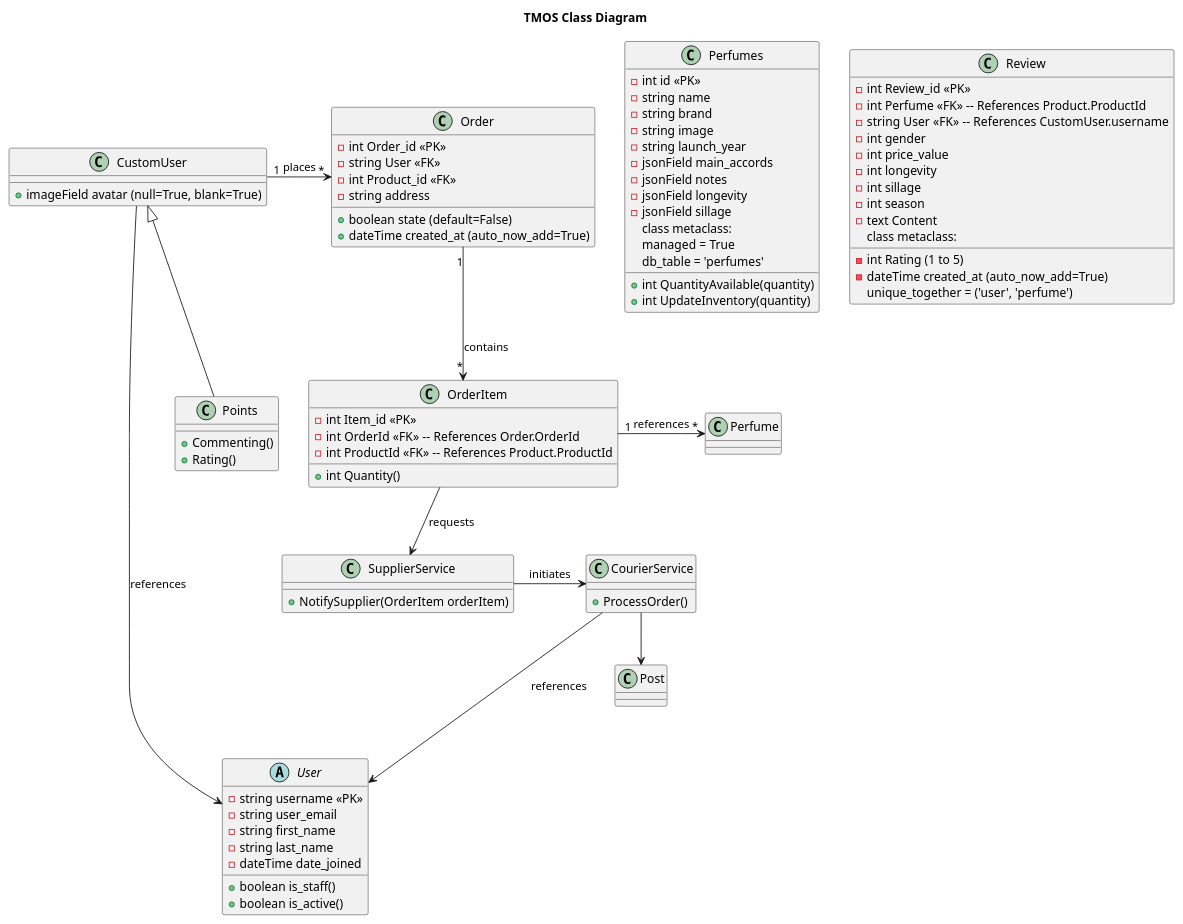
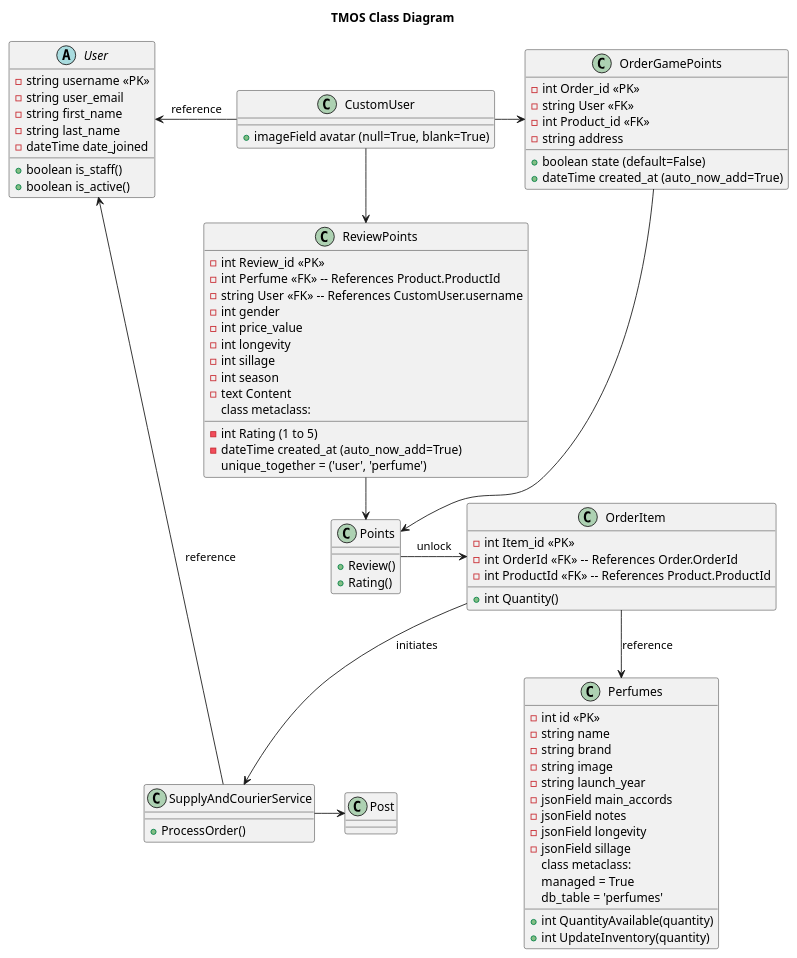
Before and after one commit to pmwong008/PlantUML_boot: the diagram in docs/architecture/tmos_class.puml, drawn with PlantUML.

```diff
--- a/docs/architecture/tmos_class.puml
+++ b/docs/architecture/tmos_class.puml
@@ -1,96 +1,93 @@
 @startuml
 
 title TMOS Class Diagram
 
 abstract class User {
     - string username <<PK>>
     - string user_email
     - string first_name
     - string last_name
     + boolean is_staff()
     + boolean is_active()
     - dateTime date_joined
 
 }
 class CustomUser {
 	+ imageField avatar (null=True, blank=True)
 }
 
-class Order {
+
+class OrderGamePoints {
     - int Order_id <<PK>>
     - string User <<FK>>
     - int Product_id <<FK>>
     - string address
     + boolean state (default=False)
     + dateTime created_at (auto_now_add=True)
 }
 
 class OrderItem {
     - int Item_id <<PK>>
     - int OrderId <<FK>> -- References Order.OrderId
     - int ProductId <<FK>> -- References Product.ProductId
     + int Quantity()
 }
 
 class Perfumes {
     - int id <<PK>>
     - string name
 	- string brand
 	- string image
     - string launch_year
     - jsonField main_accords
     - jsonField notes
     - jsonField longevity
     - jsonField sillage
     + int QuantityAvailable(quantity)
     + int UpdateInventory(quantity)
     class metaclass:
         managed = True
         db_table = 'perfumes'
 }
 
-class Review {
+class ReviewPoints {
     - int Review_id <<PK>>
     - int Perfume <<FK>> -- References Product.ProductId
     - string User <<FK>> -- References CustomUser.username
     - int gender
     - int price_value
     - int longevity
     - int sillage
     - int season
     - int Rating (1 to 5)
     - text Content
     - dateTime created_at (auto_now_add=True)
     class metaclass:
         unique_together = ('user', 'perfume') 
       
 }
 
-class CourierService {
+class SupplyAndCourierService {
   + ProcessOrder()
 }
 
-class SupplierService {
-  + NotifySupplier(OrderItem orderItem)
-}
 
 
-class Post {
-}
-
-class Points extends CustomUser{
-    + Commenting()
+class Points {
+    + Review()
     + Rating()
 }
 
-CustomUser "1" -> "*" Order : places
-CustomUser --> User : references
-Order "1" --> "*" OrderItem : contains
-OrderItem "1" -> "*" Perfume : "references"
-SupplierService -> CourierService : initiates
-CourierService ---> User : "references"
-CourierService --> Post
+CustomUser -> ReviewPoints
+CustomUser -right-> OrderGamePoints
+OrderGamePoints -down-> Points
+ReviewPoints -> Points
+Points->OrderItem: unlock
+OrderItem-down-> Perfumes : reference
+CustomUser -left-> User : reference
+OrderItem -> SupplyAndCourierService : initiates
+SupplyAndCourierService -> Post
+SupplyAndCourierService ---> User : reference
 
-OrderItem --> SupplierService : "requests"
 
 @enduml
```
